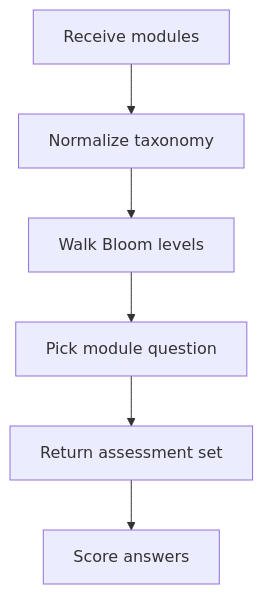
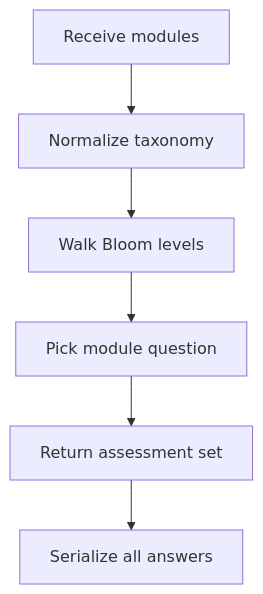
The first of 2 diagrams in docs/Codebase/Frontend/src/data/learningAssessments.ts.md (JohnAndrewBalbarosa/NeoTerritory), drawn with Mermaid before and after one commit. The commit also changed other lines of this file and 30 other files, not shown here.

````diff
--- a/docs/Codebase/Frontend/src/data/learningAssessments.ts.md
+++ b/docs/Codebase/Frontend/src/data/learningAssessments.ts.md
@@ -9,11 +9,11 @@
 ```mermaid
 flowchart TD
     Start["Receive modules"]
     Norm["Normalize taxonomy"]
     Plan["Walk Bloom levels"]
     Match["Pick module question"]
     Emit["Return assessment set"]
-    Grade["Score answers"]
+    Grade["Serialize all answers"]
 
     Start --> Norm --> Plan --> Match --> Emit --> Grade
 ```
````
